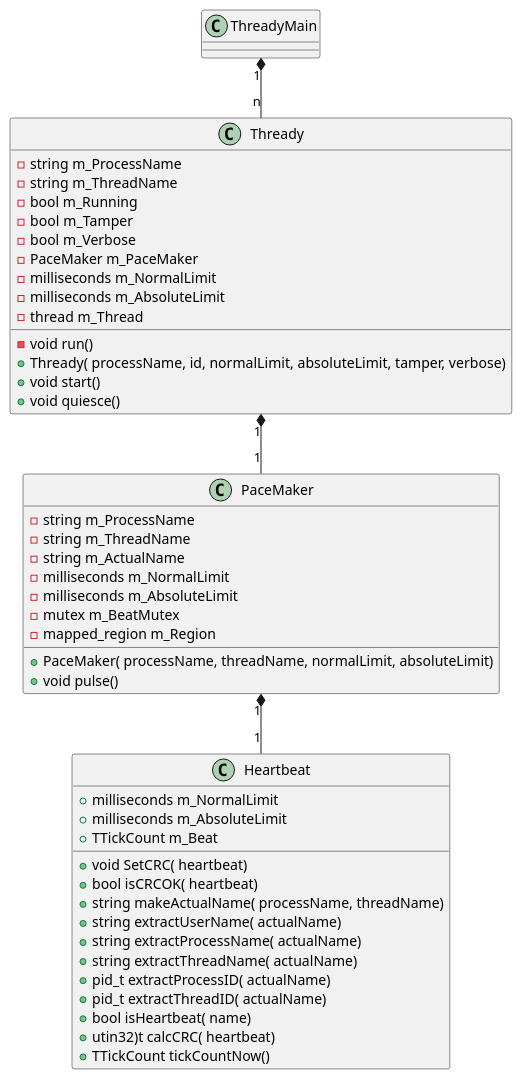
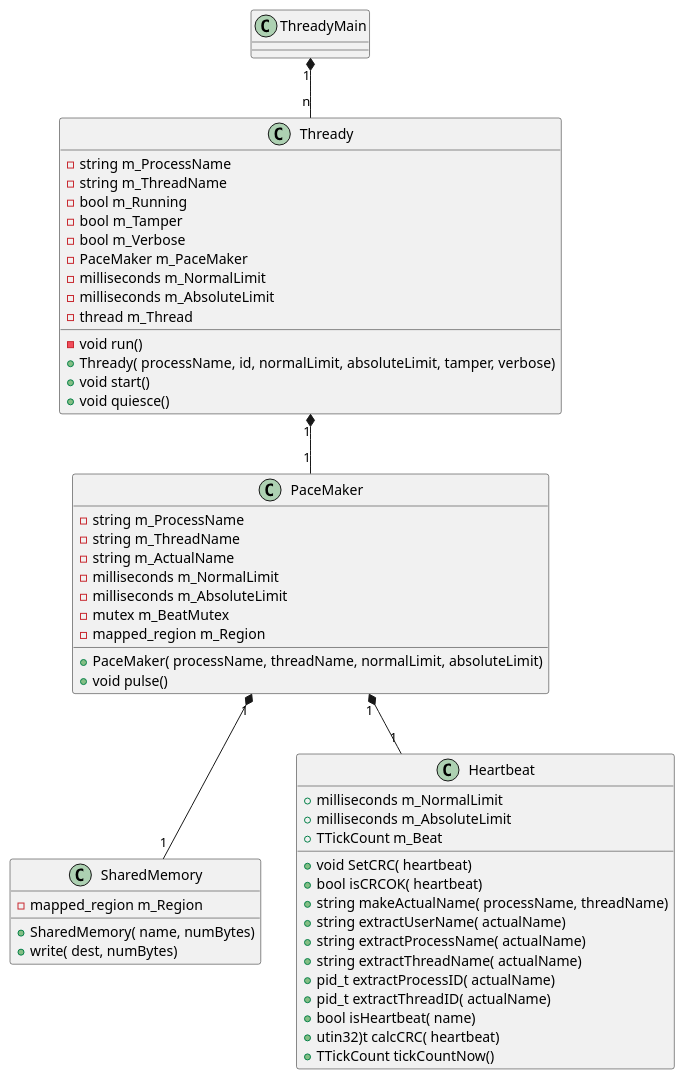
The diagram in doc/ThreadyMain.puml (delaneymorgan/Watchdog), drawn with PlantUML before and after one commit. The commit also changed 3 other files, not shown here.

Commit message:
- updated class hierarchy for SharedMemory class

```diff
--- a/doc/ThreadyMain.puml
+++ b/doc/ThreadyMain.puml
@@ -1,51 +1,59 @@
 @startuml
 class ThreadyMain
 class Thready {
 -void run()
 -string m_ProcessName
 -string m_ThreadName
 -bool m_Running
 -bool m_Tamper
 -bool m_Verbose
 -PaceMaker m_PaceMaker
 -milliseconds m_NormalLimit
 -milliseconds m_AbsoluteLimit
 -thread m_Thread
 
 +Thready( processName, id, normalLimit, absoluteLimit, tamper, verbose)
 +void start()
 +void quiesce()
 }
 class PaceMaker {
 -string m_ProcessName
 -string m_ThreadName
 -string m_ActualName
 -milliseconds m_NormalLimit
 -milliseconds m_AbsoluteLimit
 -mutex m_BeatMutex
 -mapped_region m_Region
 
 +PaceMaker( processName, threadName, normalLimit, absoluteLimit)
 +void pulse()
 }
+
+class SharedMemory {
+-mapped_region m_Region
++SharedMemory( name, numBytes)
++write( dest, numBytes)
+}
+
 class Heartbeat {
 +milliseconds m_NormalLimit
 +milliseconds m_AbsoluteLimit
 +TTickCount m_Beat
 
 +void SetCRC( heartbeat)
 +bool isCRCOK( heartbeat)
 +string makeActualName( processName, threadName)
 +string extractUserName( actualName)
 +string extractProcessName( actualName)
 +string extractThreadName( actualName)
 +pid_t extractProcessID( actualName)
 +pid_t extractThreadID( actualName)
 +bool isHeartbeat( name)
 +utin32)t calcCRC( heartbeat)
 +TTickCount tickCountNow()
 }
 ThreadyMain "1" *-- "n" Thready
 Thready "1" *-- "1" PaceMaker
 PaceMaker "1" *-- "1" Heartbeat
+PaceMaker "1" *-- "1" SharedMemory
 @enduml
```
